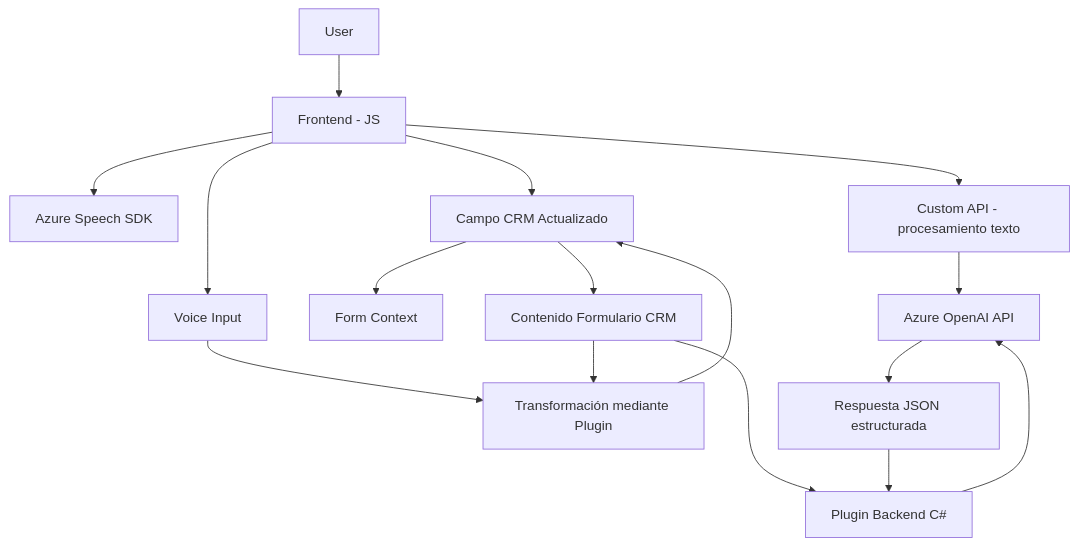
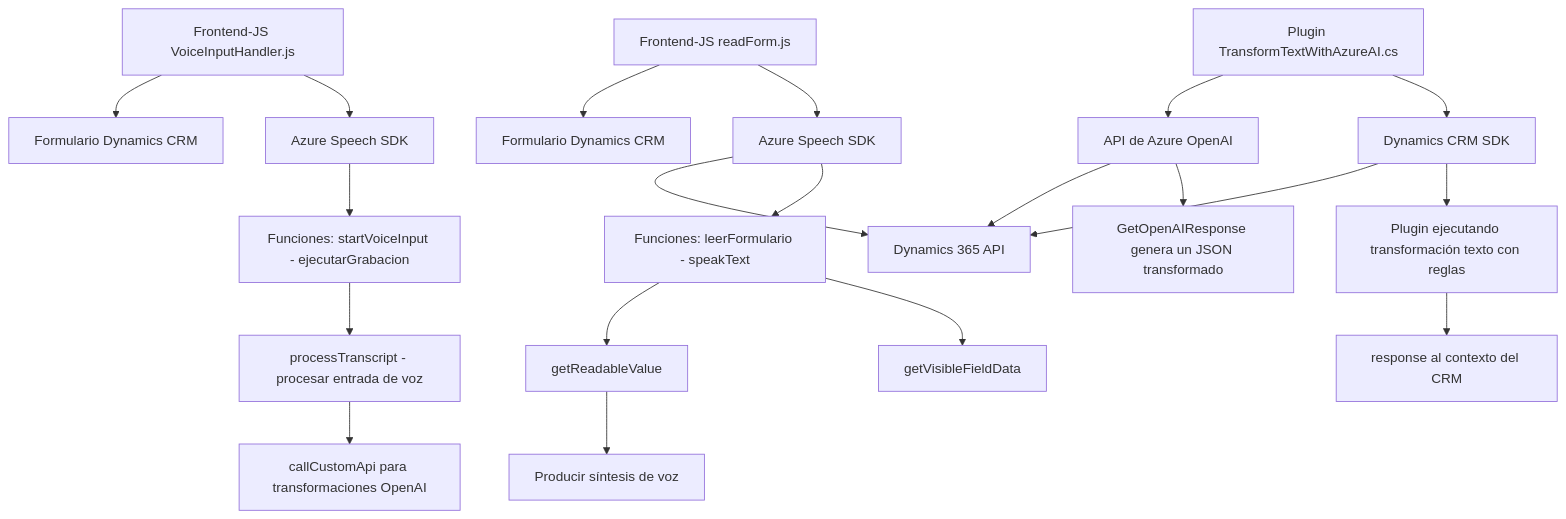
The diagram in README.md (blopezdm/NETCORE_BILBAO2025), drawn with Mermaid before and after one commit. The commit also changed other lines of this file, not shown here.

Commit message:
Actualizar análisis global de la solución con IA

````diff
--- a/README.md
+++ b/README.md
@@ -43,22 +48,26 @@
 ```mermaid
 graph TD
-    A["User"] --> B["Frontend - JavaScript"]
-    B --> C["Azure Speech SDK"]
-    B --> D["Custom API - procesamiento texto"]
-    D --> E["Azure OpenAI API"]
+    A["Frontend-JS readForm.js"] --> B["Azure Speech SDK"]
+    A --> C["Formulario Dynamics CRM"]
+    B --> D["Funciones: leerFormulario - speakText"]
+    D --> E["getVisibleFieldData"]
+    D --> F["getReadableValue"]
+    F --> G["Producir síntesis de voz"]
 
-    B --> F["Dynamic CRM Web API"]
-    F --> G["Form Context"]
+    H["Frontend-JS VoiceInputHandler.js"] --> I["Azure Speech SDK"]
+    H --> J["Formulario Dynamics CRM"]
+    I --> K["Funciones: startVoiceInput - ejecutarGrabacion"]
+    K --> L["processTranscript - procesar entrada de voz"]
+    L --> M["callCustomApi para transformaciones OpenAI"]
 
-    B["Frontend - JS"] --> H["Voice Input"]
-    H --> J["Transcripción - Texto"]
-    J --> F["Campo CRM Actualizado"]
+    N["Plugin TransformTextWithAzureAI.cs"] --> O["Dynamics CRM SDK"]
+    N --> P["API de Azure OpenAI"]
+    O --> Q["Plugin ejecutando transformación texto con reglas"]
+    P --> R["GetOpenAIResponse genera un JSON transformado"]
+    Q --> S["response al contexto del CRM"]
 
-    F --> I["Contenido Formulario CRM"]
-    I --> J["Transformación mediante Plugin"]
-
-    I --> K["Plugin Backend C#"]
-    K --> E["Azure OpenAI API"]
-    E --> L["Respuesta JSON estructurada"]
-    L --> K
+    T["Dependencias externas"]
+    B --> T["Azure Speech SDK"]
+    P --> T["Azure OpenAI API"]
+    O --> T["Dynamics 365 API"]
 ```
````
